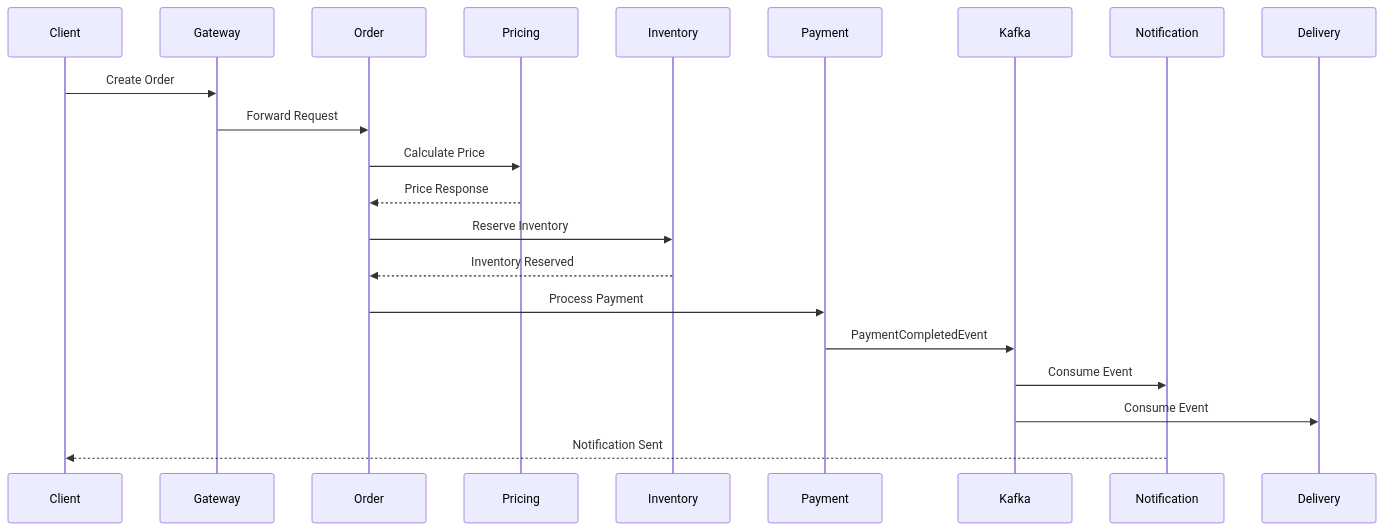
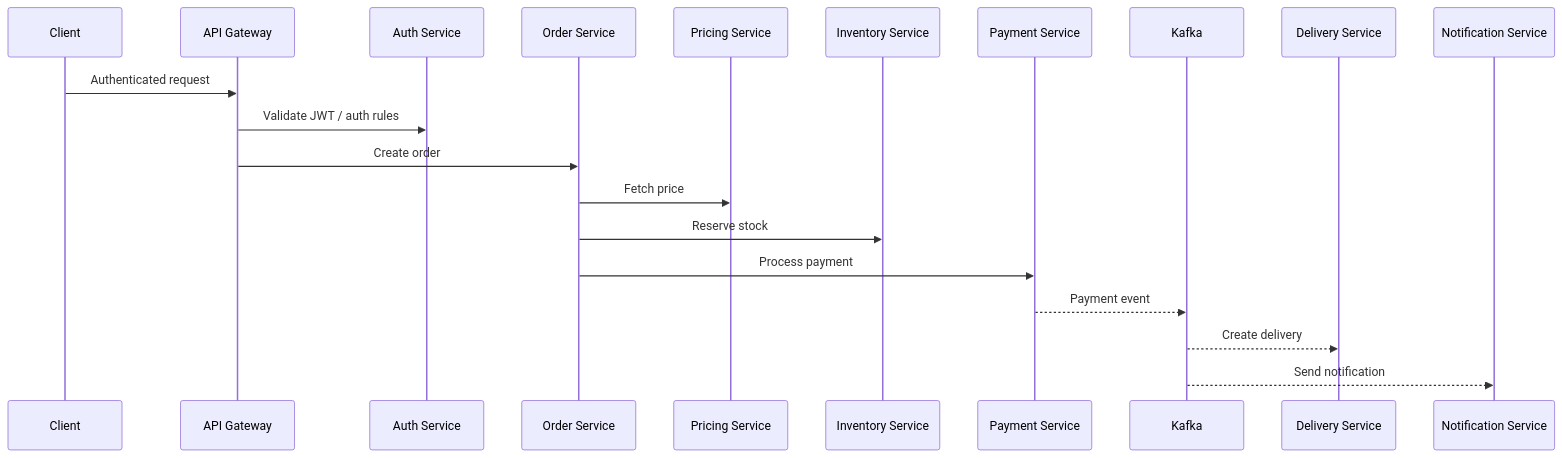
The second of 2 diagrams in README.md (anujyadav11/Real-Time-Event-Streaming-Platform), drawn with Mermaid before and after one commit. The commit also changed other lines of this file and 8 other files, not shown here.

````diff
--- a/README.md
+++ b/README.md
@@ -441,35 +217,23 @@
 ```mermaid
 sequenceDiagram
+    participant Client
+    participant Gateway as API Gateway
+    participant Auth as Auth Service
+    participant Order as Order Service
+    participant Pricing as Pricing Service
+    participant Inventory as Inventory Service
+    participant Payment as Payment Service
+    participant Kafka as Kafka
+    participant Delivery as Delivery Service
+    participant Notify as Notification Service
 
-participant Client
-participant Gateway
-participant Order
-participant Pricing
-participant Inventory
-participant Payment
-participant Kafka
-participant Notification
-participant Delivery
-
-Client->>Gateway: Create Order
-
-Gateway->>Order: Forward Request
-
-Order->>Pricing: Calculate Price
-
-Pricing-->>Order: Price Response
-
-Order->>Inventory: Reserve Inventory
-
-Inventory-->>Order: Inventory Reserved
-
-Order->>Payment: Process Payment
-
-Payment->>Kafka: PaymentCompletedEvent
-
-Kafka->>Notification: Consume Event
-
-Kafka->>Delivery: Consume Event
-
-Notification-->>Client: Notification Sent
+    Client->>Gateway: Authenticated request
+    Gateway->>Auth: Validate JWT / auth rules
+    Gateway->>Order: Create order
+    Order->>Pricing: Fetch price
+    Order->>Inventory: Reserve stock
+    Order->>Payment: Process payment
+    Payment-->>Kafka: Payment event
+    Kafka-->>Delivery: Create delivery
+    Kafka-->>Notify: Send notification
 ```
````
